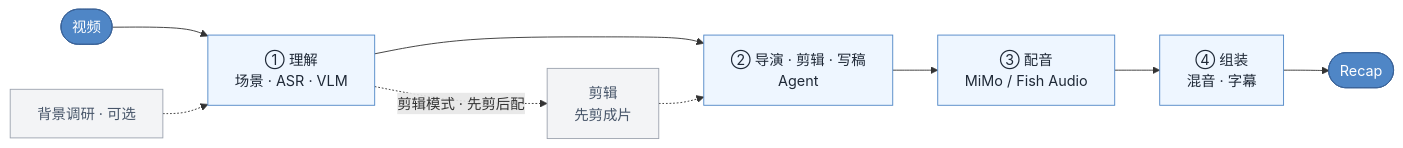
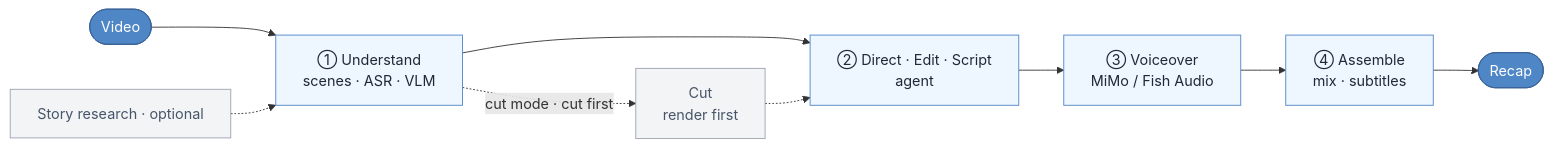
The diagram in README.md (himanshushahi/video-recap-skills), drawn with Mermaid before and after one commit. The commit also changed other lines of this file and 3 other files, not shown here.

````diff
--- a/README.md
+++ b/README.md
@@ -328,13 +471,13 @@
 ```mermaid
 flowchart LR
-    video(["视频"]) --> understand["① 理解<br/>场景 · ASR · VLM"]
-    research["背景调研 · 可选"] -.-> understand
-    understand --> script["② 导演 · 剪辑 · 写稿<br/>Agent"] --> voiceover["③ 配音<br/>MiMo / Fish Audio"] --> assemble["④ 组装<br/>混音 · 字幕"] --> output(["Recap"])
-    understand -. 剪辑模式 · 先剪后配 .-> cut["剪辑<br/>先剪成片"] -.-> script
+    video(["Video"]) --> understand["① Understand<br/>scenes · ASR · VLM"]
+    research["Story research · optional"] -.-> understand
+    understand --> script["② Direct · Edit · Script<br/>agent"] --> voiceover["③ Voiceover<br/>MiMo / Fish Audio"] --> assemble["④ Assemble<br/>mix · subtitles"] --> output(["Recap"])
+    understand -. cut mode · cut first .-> cut["Cut<br/>render first"] -.-> script
     classDef io fill:#4f86c6,stroke:#3a6298,color:#fff;
     classDef stage fill:#eef6ff,stroke:#4f86c6,color:#1f2937;
     classDef opt fill:#f3f4f6,stroke:#9ca3af,color:#475569;
     class video,output io;
     class understand,script,voiceover,assemble stage;
     class research,cut opt;
 ```
````
